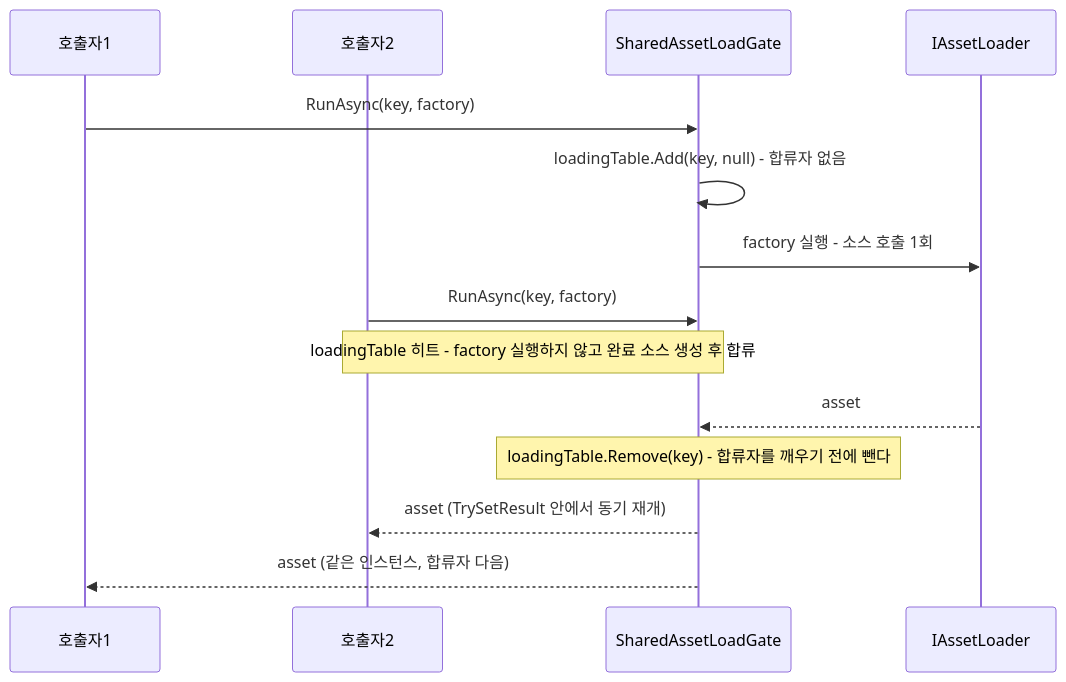
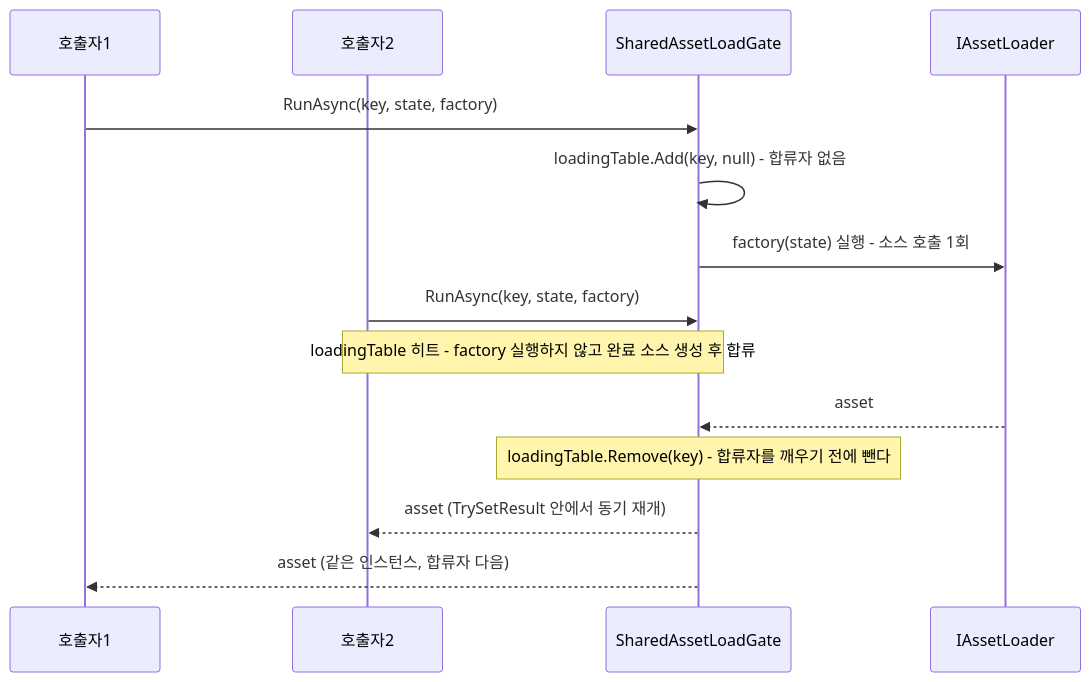
One commit to HoHong123/HCUP-Unity changed the third of 3 diagrams in HResource/docs/Load.md. Above: the diagram before and after it, drawn with Mermaid. The commit also changed other lines of this file, not shown here.

Commit message:
[Docs] 📝 23.09.26 Update gate references and the state argument sequence

````diff
--- a/HResource/docs/Load.md
+++ b/HResource/docs/Load.md
@@ -174,17 +174,17 @@
 ```mermaid
 sequenceDiagram
     participant C1 as 호출자1
     participant C2 as 호출자2
     participant G as SharedAssetLoadGate
     participant L as IAssetLoader
 
-    C1->>G: RunAsync(key, factory)
+    C1->>G: RunAsync(key, state, factory)
     G->>G: loadingTable.Add(key, null) - 합류자 없음
-    G->>L: factory 실행 - 소스 호출 1회
-    C2->>G: RunAsync(key, factory)
+    G->>L: factory(state) 실행 - 소스 호출 1회
+    C2->>G: RunAsync(key, state, factory)
     Note over G,C2: loadingTable 히트 - factory 실행하지 않고 완료 소스 생성 후 합류
     L-->>G: asset
     Note over G: loadingTable.Remove(key) - 합류자를 깨우기 전에 뺀다
     G-->>C2: asset (TrySetResult 안에서 동기 재개)
     G-->>C1: asset (같은 인스턴스, 합류자 다음)
 ```
````
